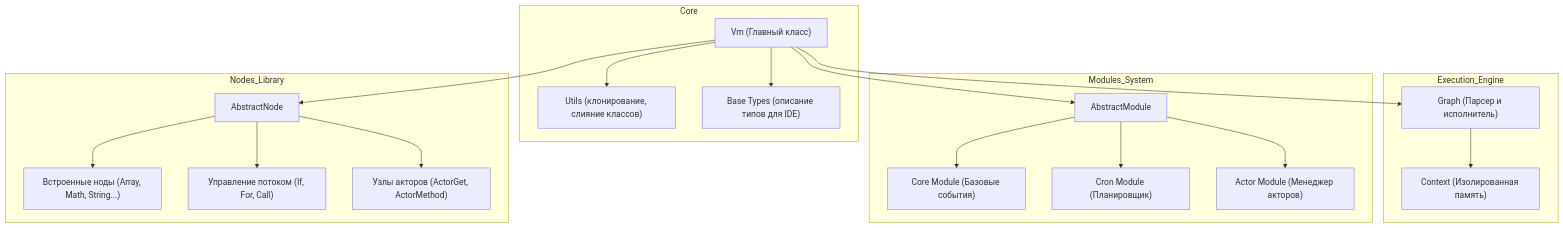
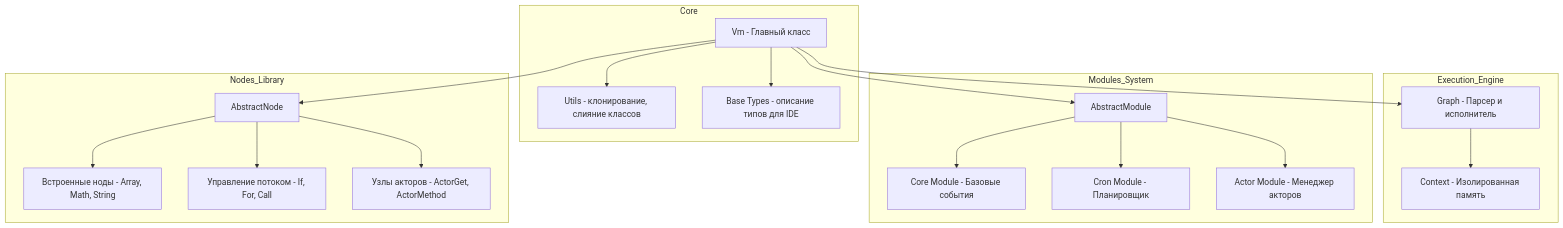
The first of 15 diagrams in reports/bluep-js/re-report.md (nimblemo/reverse-engeneering-skill), drawn with Mermaid before and after one commit. The commit also changed other lines of this file, not shown here.

````diff
--- a/reports/bluep-js/re-report.md
+++ b/reports/bluep-js/re-report.md
@@ -101,28 +101,28 @@
 ```mermaid
 flowchart TD
-    VM["Vm (Главный класс)"]
+    VM["Vm - Главный класс"]
 
     subgraph Core
-        VM --> Utils["Utils (клонирование, слияние классов)"]
-        VM --> Types["Base Types (описание типов для IDE)"]
+        VM --> Utils["Utils - клонирование, слияние классов"]
+        VM --> Types["Base Types - описание типов для IDE"]
     end
 
     subgraph Execution_Engine
-        VM --> Graph["Graph (Парсер и исполнитель)"]
-        Graph --> Context["Context (Изолированная память)"]
+        VM --> Graph["Graph - Парсер и исполнитель"]
+        Graph --> Context["Context - Изолированная память"]
     end
 
     subgraph Modules_System
         VM --> M_Abstract["AbstractModule"]
-        M_Abstract --> M_Core["Core Module (Базовые события)"]
-        M_Abstract --> M_Cron["Cron Module (Планировщик)"]
-        M_Abstract --> M_Actor["Actor Module (Менеджер акторов)"]
+        M_Abstract --> M_Core["Core Module - Базовые события"]
+        M_Abstract --> M_Cron["Cron Module - Планировщик"]
+        M_Abstract --> M_Actor["Actor Module - Менеджер акторов"]
     end
 
     subgraph Nodes_Library
         VM --> N_Abstract["AbstractNode"]
-        N_Abstract --> N_Base["Встроенные ноды (Array, Math, String...)"]
-        N_Abstract --> N_Control["Управление потоком (If, For, Call)"]
-        N_Abstract --> N_Actor["Узлы акторов (ActorGet, ActorMethod)"]
+        N_Abstract --> N_Base["Встроенные ноды - Array, Math, String"]
+        N_Abstract --> N_Control["Управление потоком - If, For, Call"]
+        N_Abstract --> N_Actor["Узлы акторов - ActorGet, ActorMethod"]
     end
 ```
````
